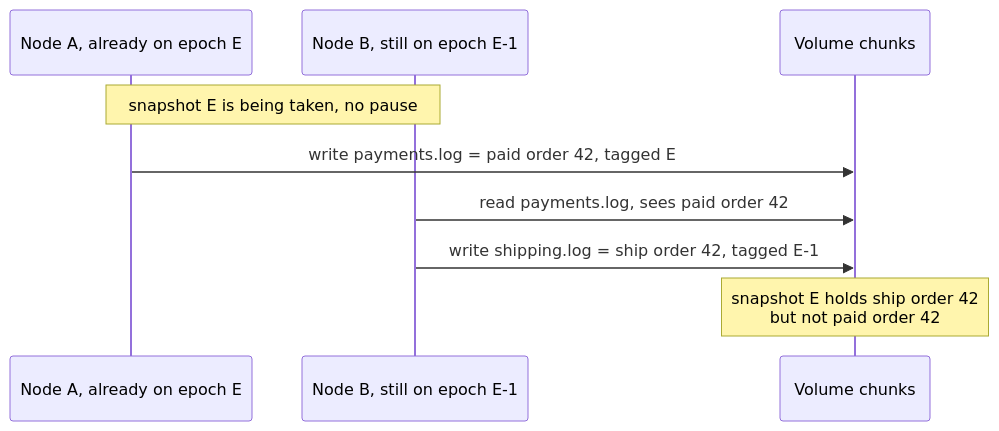
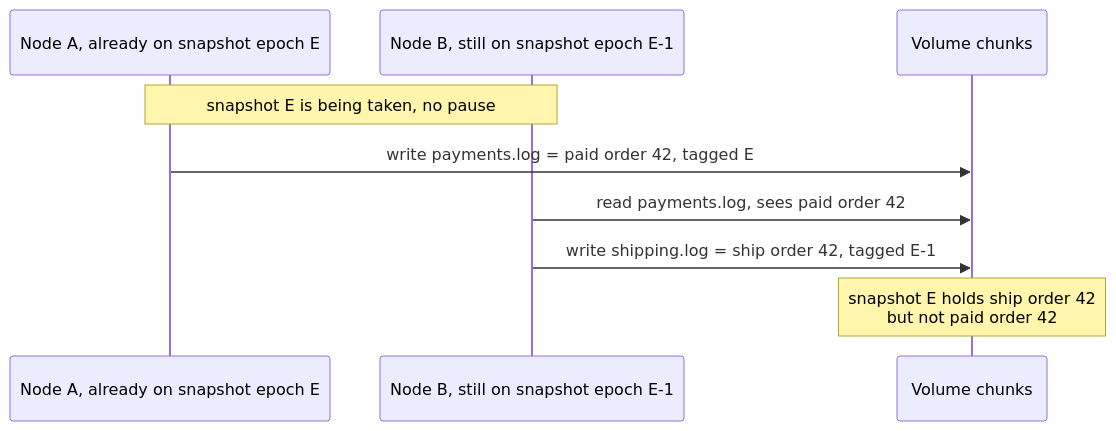
Before and after one commit to nvcnvn/rock-solid: the third of 4 diagrams in blogs/10-block-snapshots-and-clones.md, drawn with Mermaid. The commit also changed other lines of this file and 11 other files, not shown here.

````diff
--- a/blogs/10-block-snapshots-and-clones.md
+++ b/blogs/10-block-snapshots-and-clones.md
@@ -344,11 +345,11 @@
 ```mermaid
 sequenceDiagram
-    participant A as Node A, already on epoch E
-    participant B as Node B, still on epoch E-1
+    participant A as Node A, already on snapshot epoch E
+    participant B as Node B, still on snapshot epoch E-1
     participant V as Volume chunks
     Note over A,B: snapshot E is being taken, no pause
     A->>V: write payments.log = paid order 42, tagged E
     B->>V: read payments.log, sees paid order 42
     B->>V: write shipping.log = ship order 42, tagged E-1
     Note over V: snapshot E holds ship order 42<br/>but not paid order 42
 ```
````
